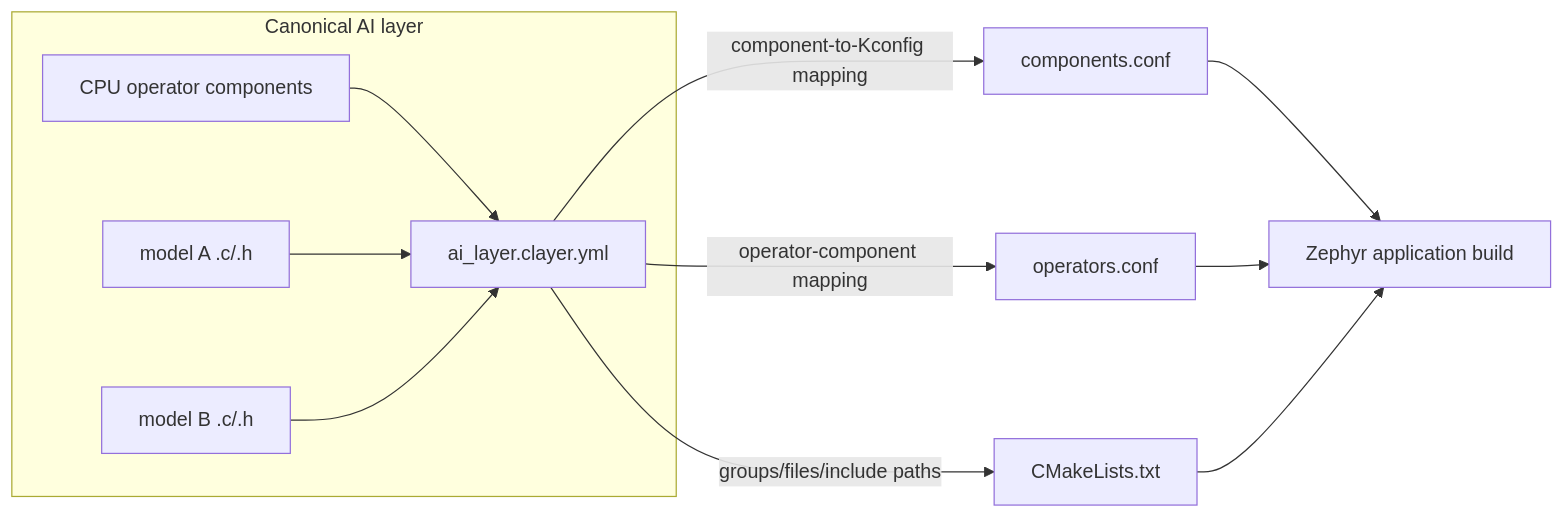
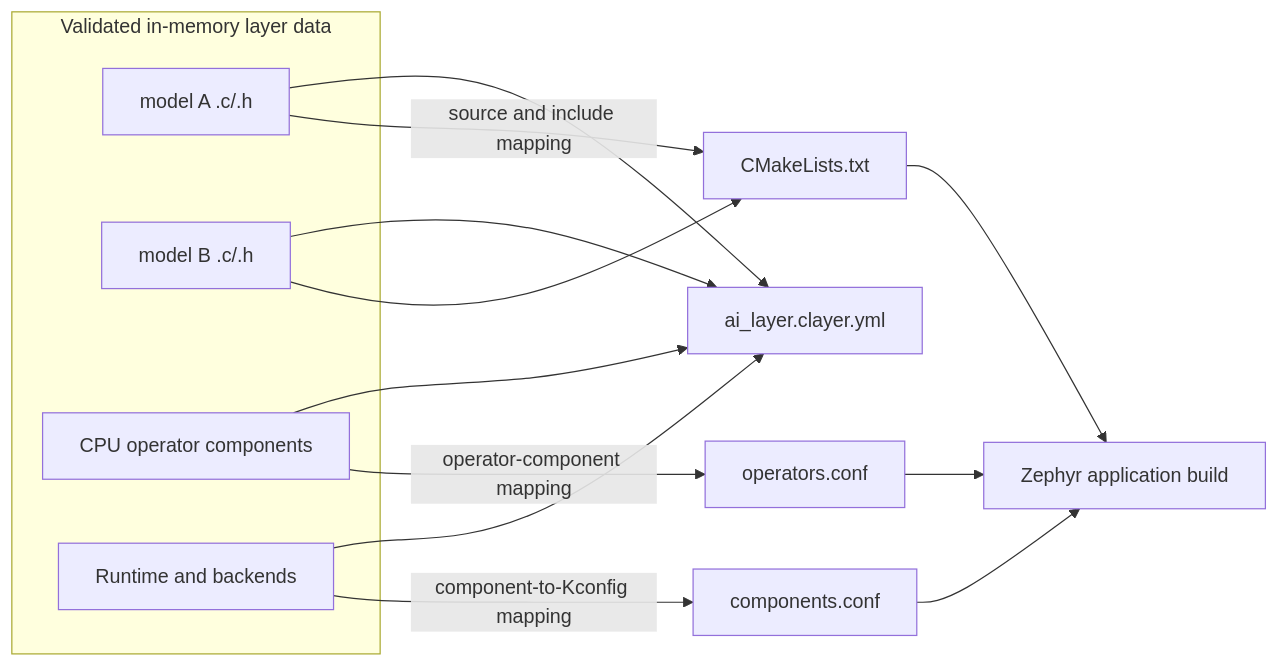
Before and after one commit to ReinhardKeil/cmsis-et-template: the second of 3 diagrams in TODO.md, drawn with Mermaid. The commit also changed other lines of this file and 17 other files, not shown here.

````diff
--- a/TODO.md
+++ b/TODO.md
@@ -358,20 +365,23 @@
 ```mermaid
 flowchart LR
-    subgraph Layer[Canonical AI layer]
-        C[ai_layer.clayer.yml]
+    subgraph Data[Validated in-memory layer data]
         M1[model A .c/.h]
         M2[model B .c/.h]
         U[CPU operator components]
-        U --> C
-        M1 --> C
-        M2 --> C
+        R[Runtime and backends]
     end
 
-    C -->|component-to-Kconfig mapping| Z1[components.conf]
-    C -->|operator-component mapping| Z2[operators.conf]
-    C -->|groups/files/include paths| Z3[CMakeLists.txt]
+    M1 --> C[ai_layer.clayer.yml]
+    M2 --> C
+    U --> C
+    R --> C
+
+    R -->|component-to-Kconfig mapping| Z1[components.conf]
+    U -->|operator-component mapping| Z2[operators.conf]
+    M1 -->|source and include mapping| Z3[CMakeLists.txt]
+    M2 --> Z3
 
     Z1 --> Z[Zephyr application build]
     Z2 --> Z
     Z3 --> Z
 ```
````
